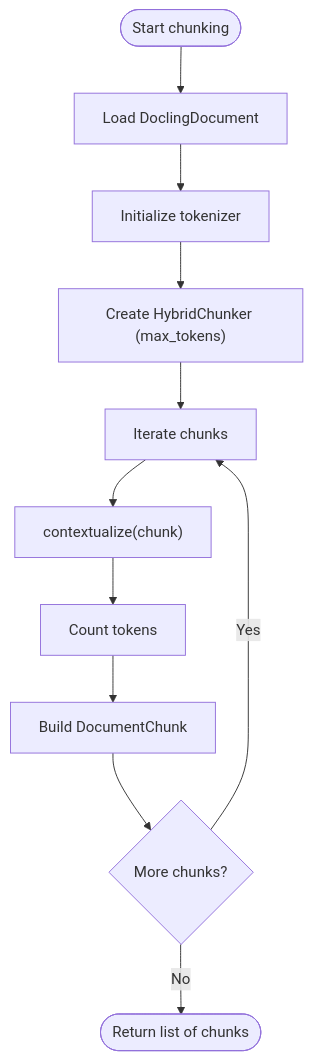
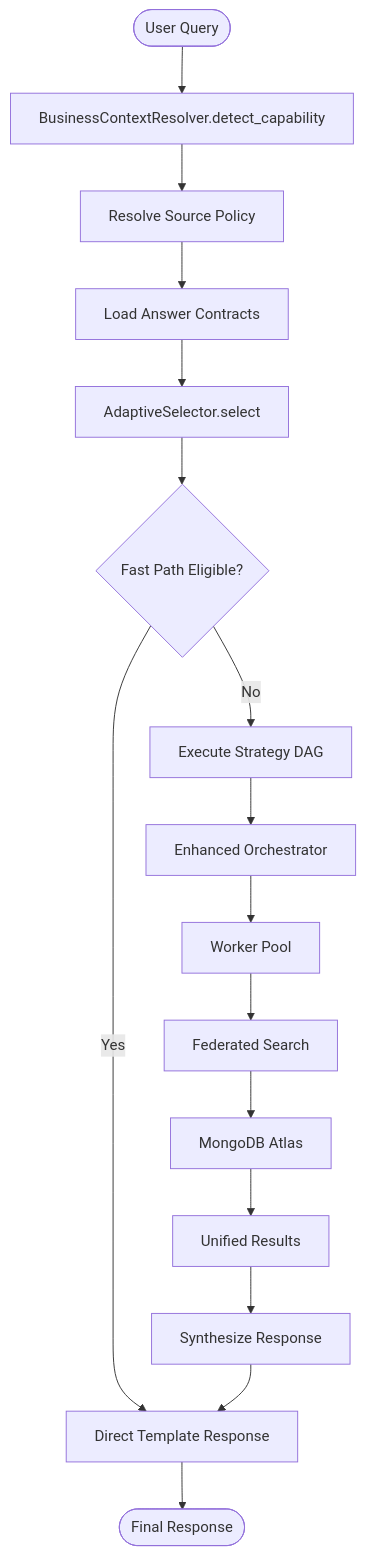
Before and after one commit to emanuelplopu/MongoDB-RAG-Agent: the fifth of 12 diagrams in .qoder/repowiki/en/content/Core Features/Core Features.md, drawn with Mermaid. The commit also changed other lines of this file and 4 other files, not shown here.

````diff
--- a/.qoder/repowiki/en/content/Core Features/Core Features.md
+++ b/.qoder/repowiki/en/content/Core Features/Core Features.md
@@ -261,13 +398,18 @@
 ```mermaid
 flowchart TD
-Start(["Start chunking"]) --> LoadDoc["Load DoclingDocument"]
-LoadDoc --> Tokenizer["Initialize tokenizer"]
-Tokenizer --> HybridChunker["Create HybridChunker (max_tokens)"]
-HybridChunker --> ChunkIter["Iterate chunks"]
-ChunkIter --> Contextualize["contextualize(chunk)"]
-Contextualize --> TokenCount["Count tokens"]
-TokenCount --> BuildChunk["Build DocumentChunk"]
-BuildChunk --> NextChunk{"More chunks?"}
-NextChunk --> |Yes| ChunkIter
-NextChunk --> |No| End(["Return list of chunks"])
+Start(["User Query"]) --> DetectCap["BusinessContextResolver.detect_capability"]
+DetectCap --> ResolvePolicy["Resolve Source Policy"]
+ResolvePolicy --> LoadContracts["Load Answer Contracts"]
+LoadContracts --> SelectStrategy["AdaptiveSelector.select"]
+SelectStrategy --> FastPath{"Fast Path Eligible?"}
+FastPath --> |Yes| DirectResponse["Direct Template Response"]
+FastPath --> |No| StrategyDAG["Execute Strategy DAG"]
+StrategyDAG --> EnhancedOrchestrator["Enhanced Orchestrator"]
+EnhancedOrchestrator --> WorkerPool["Worker Pool"]
+WorkerPool --> FederatedSearch["Federated Search"]
+FederatedSearch --> DB["MongoDB Atlas"]
+DB --> Results["Unified Results"]
+Results --> Synthesize["Synthesize Response"]
+Synthesize --> DirectResponse
+DirectResponse --> End(["Final Response"])
 ```
````
